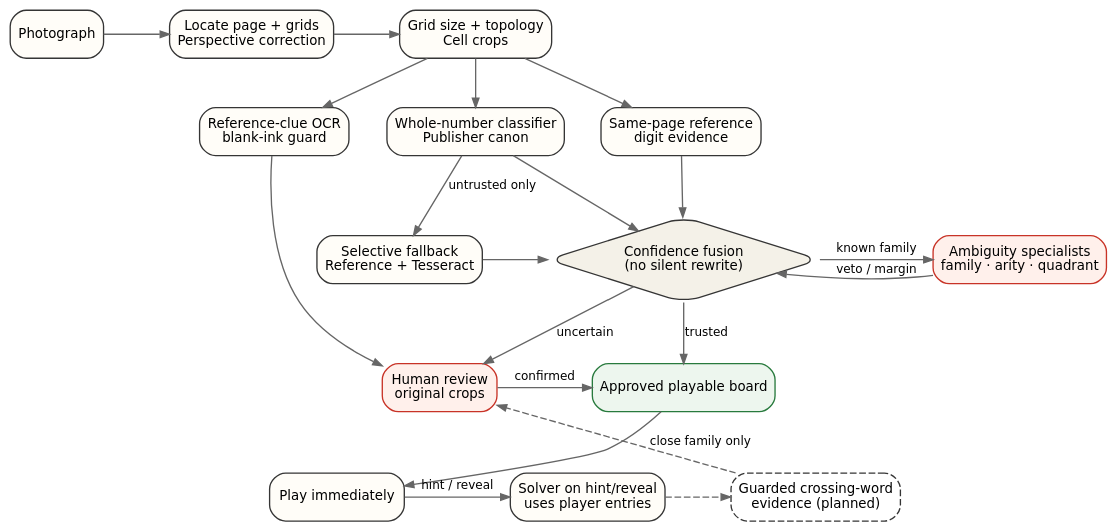
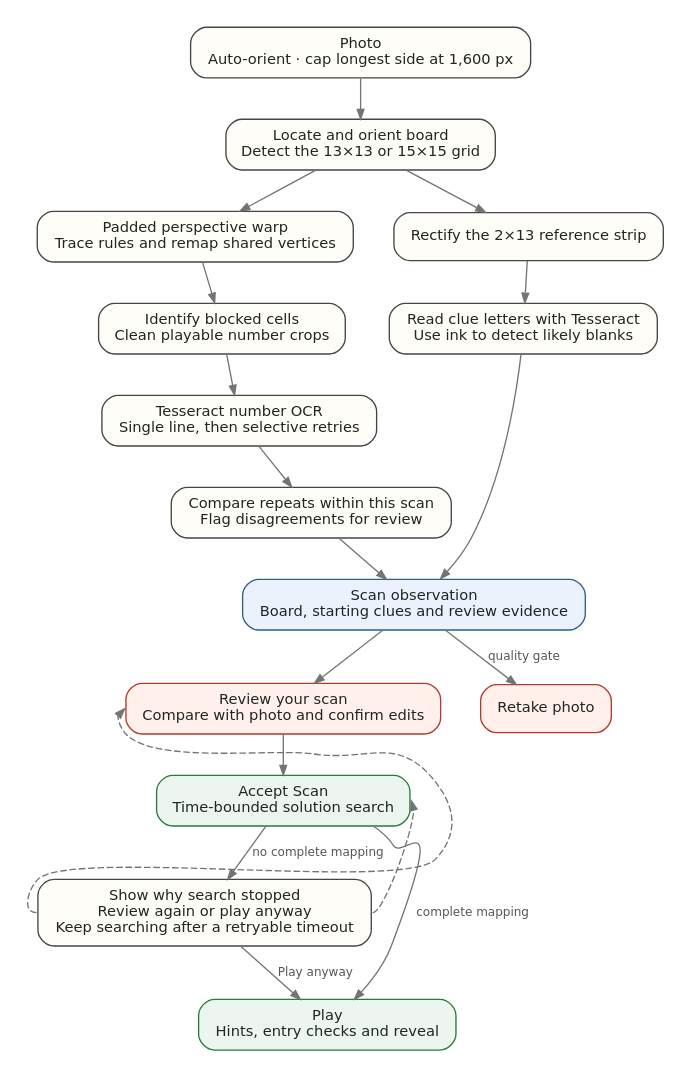
The diagram in docs/psym/parts/diagrams/ocr_pipeline.dot (tracecutter/cdbr), drawn with Graphviz before and after one commit. The commit also changed 112 other files, not shown here.

```diff
--- a/docs/psym/parts/diagrams/ocr_pipeline.dot
+++ b/docs/psym/parts/diagrams/ocr_pipeline.dot
@@ -1,45 +1,36 @@
 digraph ocr_pipeline {
-  graph [rankdir=TB, newrank=true, bgcolor="transparent", pad="0.2", nodesep="0.35", ranksep="0.48"];
-  node [shape=box, style="rounded,filled", fontname="DejaVu Sans", fontsize=10, color="#353535", fillcolor="#fffdf8", margin="0.10,0.07"];
-  edge [fontname="DejaVu Sans", fontsize=9, color="#666666", arrowsize=0.7];
+  graph [rankdir=TB, bgcolor="#ffffff", pad=0.18, nodesep=0.42, ranksep=0.40];
+  node [shape=box, style="rounded,filled", fontname="DejaVu Sans", fontsize=11,
+        color="#454545", fontcolor="#202624", fillcolor="#fffdf8", margin="0.16,0.10"];
+  edge [fontname="DejaVu Sans", fontsize=9, color="#727672", fontcolor="#525952", arrowsize=0.72];
 
-  photo [label="Photograph"];
-  geometry [label="Locate page + grids\nPerspective correction"];
-  topology [label="Grid size + topology\nCell crops"];
-  whole [label="Whole-number classifier\nPublisher canon"];
-  samepage [label="Same-page reference\ndigit evidence"];
-  fallback [label="Selective fallback\nReference + Tesseract"];
-  specialist [label="Ambiguity specialists\nfamily · arity · quadrant", fillcolor="#fff0eb", color="#c83327"];
-  clue [label="Reference-clue OCR\nblank-ink guard"];
-  confidence [label="Confidence fusion\n(no silent rewrite)", shape=diamond, fillcolor="#f4f1e8"];
-  hil [label="Human review\noriginal crops", fillcolor="#fff0eb", color="#c83327"];
-  board [label="Approved playable board", fillcolor="#edf6ee", color="#287a3d"];
-  play [label="Play immediately"];
-  solver [label="Solver on hint/reveal\nuses player entries"];
-  lexical [label="Guarded crossing-word\nevidence (planned)", style="rounded,dashed,filled", fillcolor="#ffffff"];
+  photo [label="Photo\nAuto-orient · cap longest side at 1,600 px"];
+  locate [label="Locate and orient board\nDetect the 13×13 or 15×15 grid"];
+  mesh [label="Padded perspective warp\nTrace rules and remap shared vertices"];
+  crops [label="Identify blocked cells\nClean playable number crops"];
+  number [label="Tesseract number OCR\nSingle line, then selective retries"];
+  matches [label="Compare repeats within this scan\nFlag disagreements for review"];
+  strip [label="Rectify the 2×13 reference strip"];
+  clues [label="Read clue letters with Tesseract\nUse ink to detect likely blanks"];
+  observation [label="Scan observation\nBoard, starting clues and review evidence", fillcolor="#ebf2fb", color="#315d87"];
+  review [label="Review your scan\nCompare with photo and confirm edits", fillcolor="#fff0eb", color="#ae3c2b"];
+  retake [label="Retake photo", fillcolor="#fff0eb", color="#ae3c2b"];
+  solve [label="Accept Scan\nTime-bounded solution search", fillcolor="#edf6ee", color="#287a3d"];
+  next_step [label="Show why search stopped\nReview again or play anyway\nKeep searching after a retryable timeout"];
+  play [label="Play\nHints, entry checks and reveal", fillcolor="#edf6ee", color="#287a3d"];
 
-  { rank=same; photo; geometry; topology; }
-  { rank=same; whole; samepage; clue; }
-  { rank=same; fallback; confidence; specialist; }
-  { rank=same; hil; board; }
-  { rank=same; play; solver; lexical; }
-
-  photo -> geometry -> topology;
-  topology -> whole;
-  topology -> samepage;
-  topology -> clue;
-  whole -> confidence;
-  samepage -> confidence;
-  whole -> fallback [label="untrusted only"];
-  fallback -> confidence;
-  confidence -> specialist [label="known family"];
-  specialist -> confidence [label="veto / margin"];
-  clue -> hil;
-  confidence -> hil [label="uncertain"];
-  confidence -> board [label="trusted"];
-  hil -> board [label="confirmed"];
-  board -> play;
-  play -> solver [label="hint / reveal"];
-  solver -> lexical [style=dashed];
-  lexical -> hil [style=dashed, label="close family only"];
+  photo -> locate;
+  locate -> mesh -> crops -> number -> matches -> observation;
+  locate -> strip -> clues -> observation;
+  { rank=same; mesh; strip; }
+  { rank=same; crops; clues; }
+  observation -> review;
+  observation -> retake [label="quality gate"];
+  { rank=same; review; retake; }
+  review -> solve;
+  solve -> play [label="complete mapping"];
+  solve -> next_step [label="no complete mapping"];
+  next_step -> play [label="Play anyway"];
+  next_step:e -> solve:e [constraint=false, style=dashed];
+  next_step:w -> review:w [constraint=false, style=dashed];
 }
```
